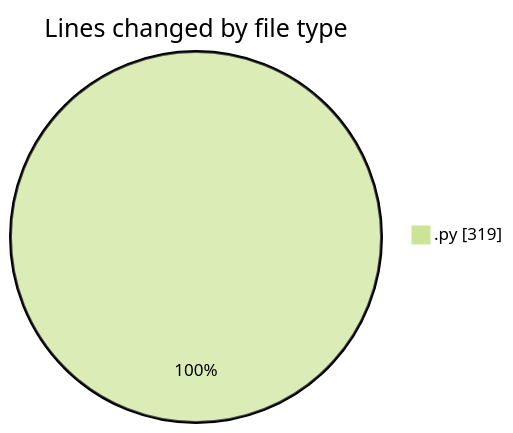
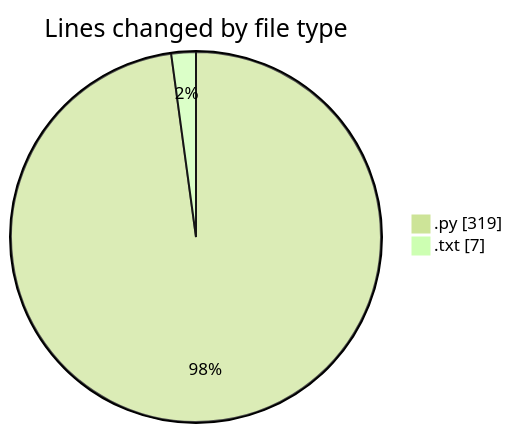
The first of 2 diagrams in 2026-03-21/assignment_1/README.md (Unknowalive/code-tracking), drawn with Mermaid (forest theme) before and after one commit. The commit also changed other lines of this file and 1 other file, not shown here.

````diff
--- a/2026-03-21/assignment_1/README.md
+++ b/2026-03-21/assignment_1/README.md
@@ -20,5 +21,6 @@
 ```mermaid
 pie showData
 title Lines changed by file type
 ".py" : 319
+".txt" : 7
 ```
````
